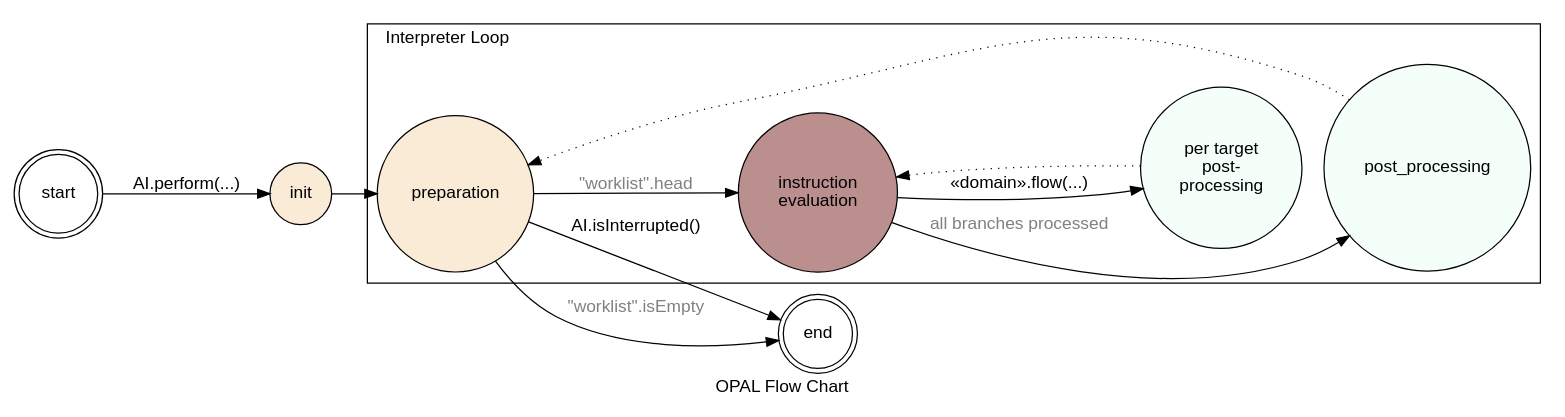
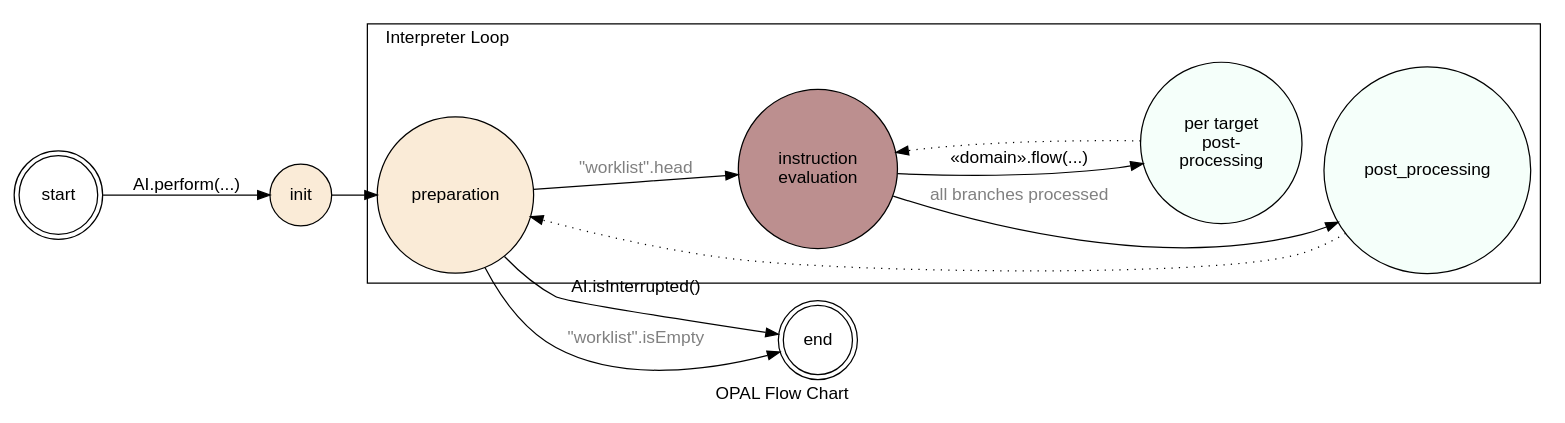
The diagram in OPAL/ai/src/main/scala/org/opalj/ai/OPAL-StateDiagram.dot (opalj/opal), drawn with Graphviz before and after one commit. The commit also changed 75 other files, not shown here.

```diff
--- a/OPAL/ai/src/main/scala/org/opalj/ai/OPAL-StateDiagram.dot
+++ b/OPAL/ai/src/main/scala/org/opalj/ai/OPAL-StateDiagram.dot
@@ -1,43 +1,43 @@
 # STATE DIAGRAM FOR OPAL AI
 
 digraph OPAL {
 	compound=true;
 	fontname=Helvetica;
 	node [shape=circle];
 	node [fontname=Helvetica];
 	edge [fontname=Helvetica];
 
 	rankdir = LR;
 	{rank = source; start;};
 	{rank = sink; end;};
-		
+
 	subgraph cluster_interpretation {
 
-		rankdir = LR;
-		{rank = source; preparation;};
-		{rank=sink; post_processing;}
+		//rankdir = LR;
+		//{rank = source; preparation;};
+		{rank = sink; post_processing;}
 	 	preparation -> evaluation [label="\"worklist\".head",fontcolor="gray"];
 		evaluation -> propagation [label="«domain».flow(...)"];
 		propagation -> evaluation [style=dotted];
 		evaluation -> post_processing [label="all branches processed",fontcolor="gray"];
 		post_processing -> preparation [style=dotted];
-		
+
 		evaluation [label="instruction\nevaluation",style=filled,fillcolor=rosybrown];
 		propagation [label="per target\n post-\nprocessing",style=filled,fillcolor=mintcream];
 		preparation [style=filled,fillcolor=antiquewhite];
 		post_processing [style=filled,fillcolor=mintcream];
 
 		label="Interpreter Loop";
 		labeljust=l;
 	 }
-	 
+
 	 preparation -> end [label="AI.isInterrupted()"]
 	 preparation -> end [label="\"worklist\".isEmpty",fontcolor="gray"]
 	 start -> init [label="AI.perform(...)"];
 	 init -> preparation;
 
-     init [style=filled,fillcolor=antiquewhite];	 
+   init [style=filled,fillcolor=antiquewhite];
 	 start [shape=doublecircle];
 	 end [shape=doublecircle];
 	 label = "OPAL Flow Chart";
  }
```
